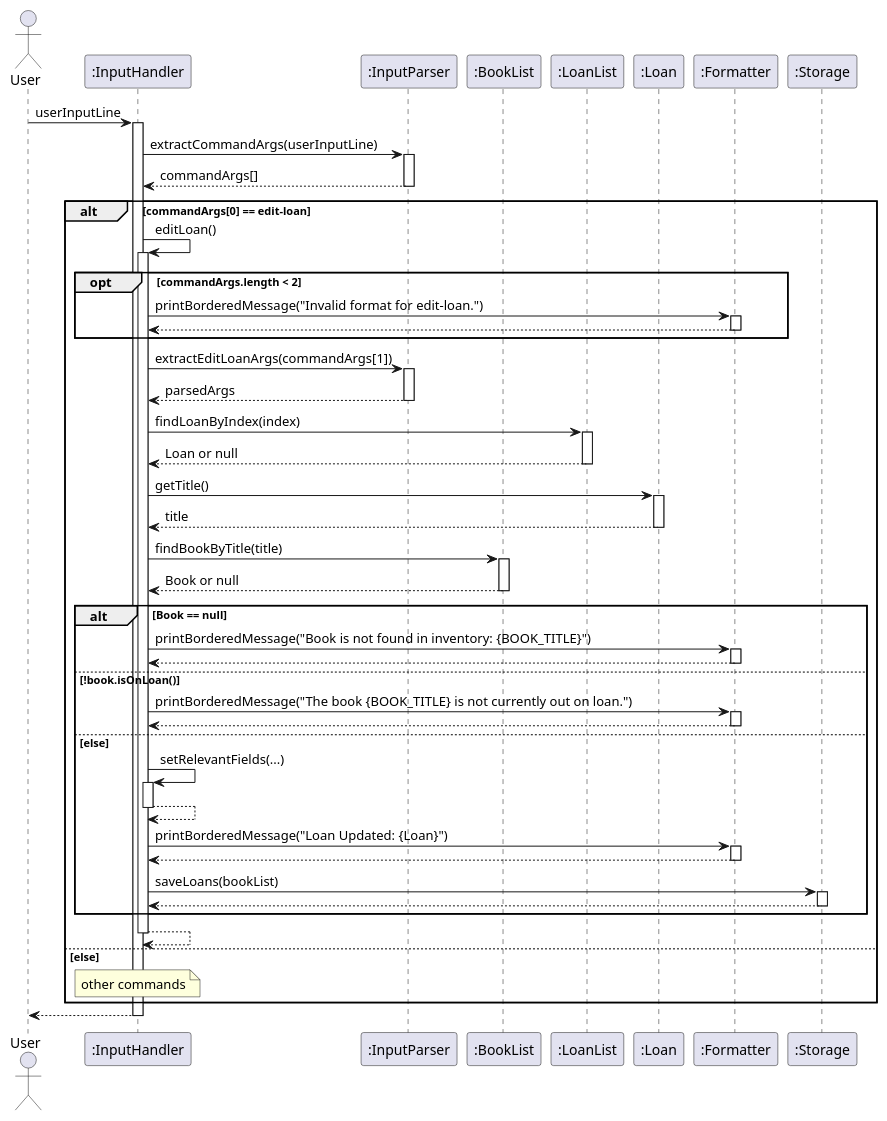
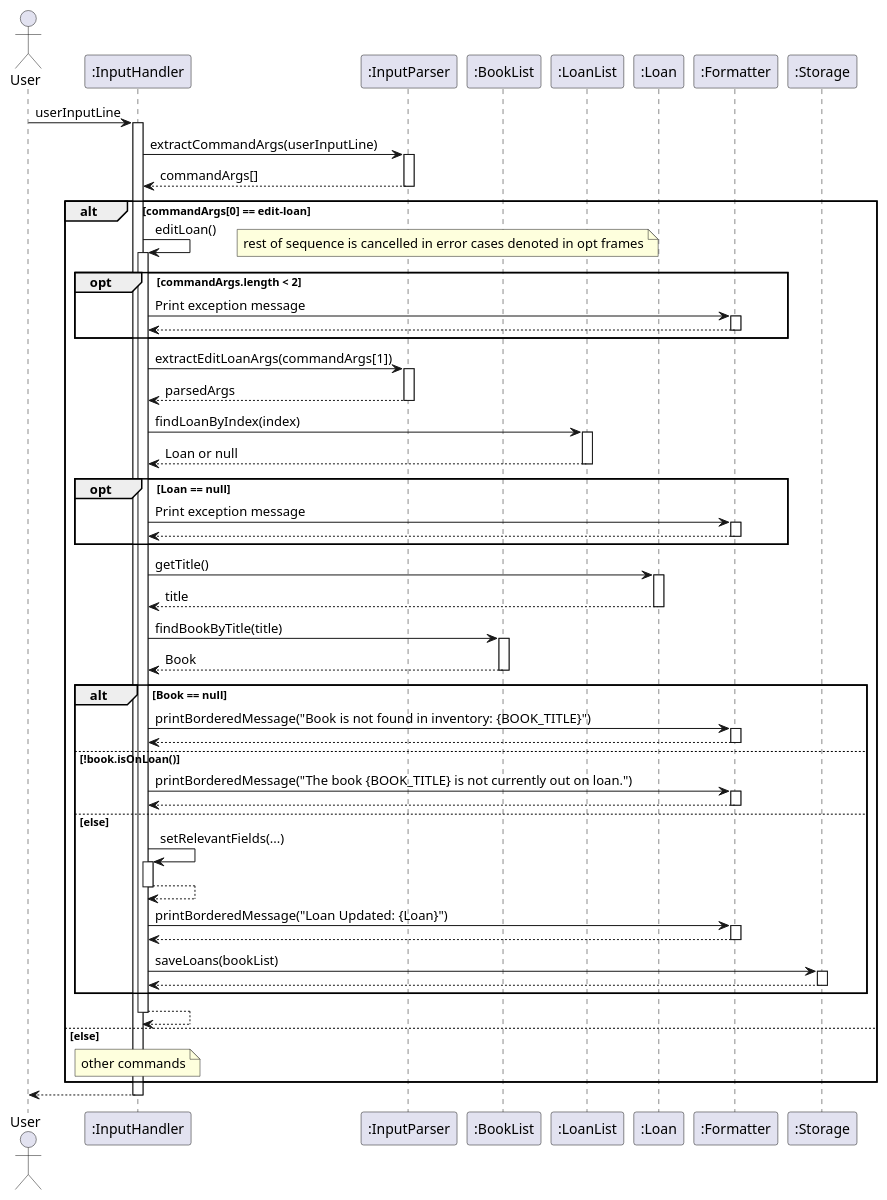
Before and after one commit to AY2425S2-CS2113-T12-2/tp: the diagram in docs/diagrams/editLoan.puml, drawn with PlantUML. The commit also changed 9 other files, not shown here.

Commit message:
sequence diagram edits

```diff
--- a/docs/diagrams/editLoan.puml
+++ b/docs/diagrams/editLoan.puml
@@ -1,95 +1,103 @@
 @startuml
 actor User
 participant InputHandler as ":InputHandler"
 participant InputParser as ":InputParser"
 participant BookList as ":BookList"
 participant LoanList as ":LoanList"
 participant Loan as ":Loan"
 participant Formatter as ":Formatter"
 participant Storage as ":Storage"
 
 User -> InputHandler: userInputLine
 activate InputHandler
 
 InputHandler -> InputParser: extractCommandArgs(userInputLine)
 activate InputParser
 
 InputParser --> InputHandler: commandArgs[]
 deactivate InputParser
 
 alt commandArgs[0] == edit-loan
     InputHandler -> InputHandler : editLoan()
     activate InputHandler
 
     opt commandArgs.length < 2
-        InputHandler -> Formatter: printBorderedMessage("Invalid format for edit-loan.")
+        note right
+        rest of sequence is cancelled in error cases denoted in opt frames
+        end note
+        InputHandler -> Formatter: Print exception message
         activate Formatter
         Formatter --> InputHandler
         deactivate Formatter
     end
     InputHandler -> InputParser: extractEditLoanArgs(commandArgs[1])
     activate InputParser
 
     InputParser --> InputHandler: parsedArgs
     deactivate InputParser
 
     InputHandler -> LoanList: findLoanByIndex(index)
     activate LoanList
 
     LoanList --> InputHandler: Loan or null
     deactivate LoanList
-
+    opt Loan == null
+    InputHandler -> Formatter: Print exception message
+    activate Formatter
+    Formatter --> InputHandler
+    deactivate Formatter
+    end
     InputHandler -> Loan: getTitle()
     activate Loan
 
     Loan --> InputHandler: title
     deactivate Loan
 
     InputHandler -> BookList: findBookByTitle(title)
     activate BookList
 
-    BookList --> InputHandler: Book or null
+    BookList --> InputHandler: Book
     deactivate BookList
 
         alt Book == null
             InputHandler -> Formatter: printBorderedMessage("Book is not found in inventory: {BOOK_TITLE}")
             activate Formatter
             Formatter --> InputHandler
             deactivate Formatter
         
         else !book.isOnLoan()
             InputHandler -> Formatter: printBorderedMessage("The book {BOOK_TITLE} is not currently out on loan.")
             activate Formatter
             Formatter --> InputHandler
             deactivate Formatter
         
         else else
             InputHandler -> InputHandler : setRelevantFields(...)
             activate InputHandler
             InputHandler --> InputHandler
             deactivate InputHandler       
 
             InputHandler -> Formatter: printBorderedMessage("Loan Updated: {Loan}")
             activate Formatter
             Formatter --> InputHandler
             deactivate Formatter
 
             InputHandler -> Storage: saveLoans(bookList)
             activate Storage
             Storage --> InputHandler
             deactivate Storage
 
         end
 
 
 InputHandler --> InputHandler
 deactivate InputHandler
 
 else else
     note over InputHandler : other commands
 end
 
 
 InputHandler --> User
 deactivate InputHandler
 @enduml
```
